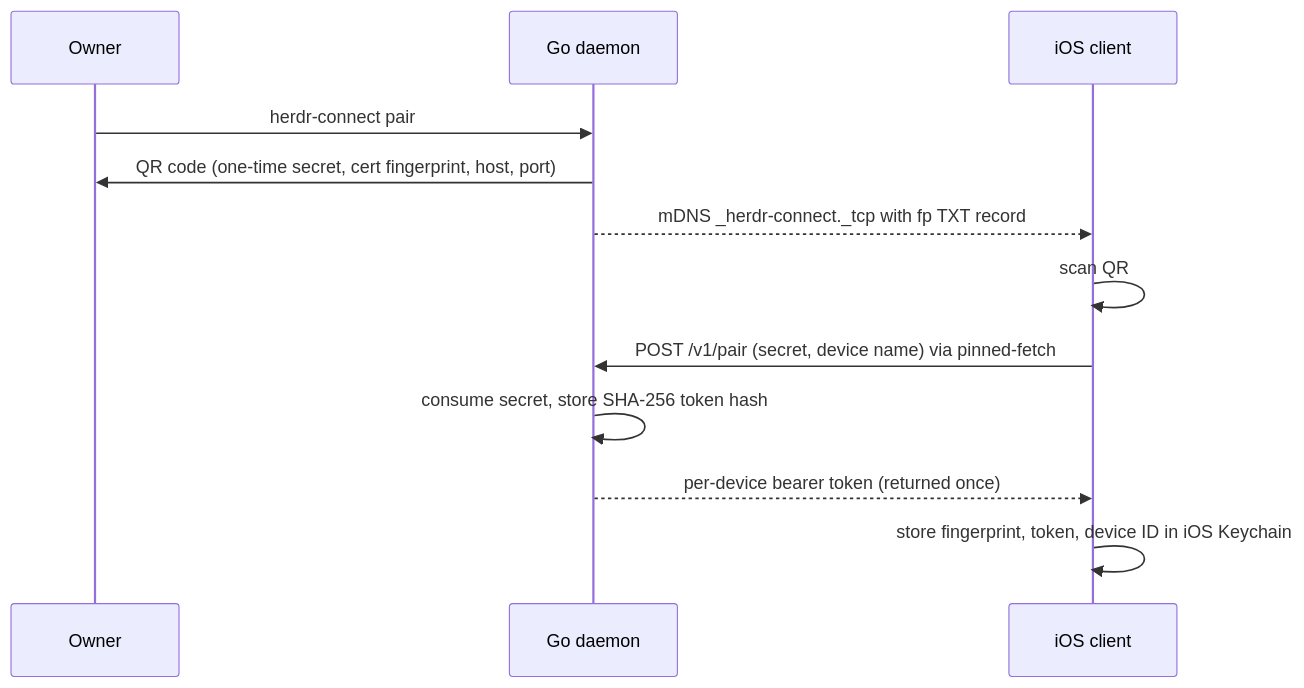
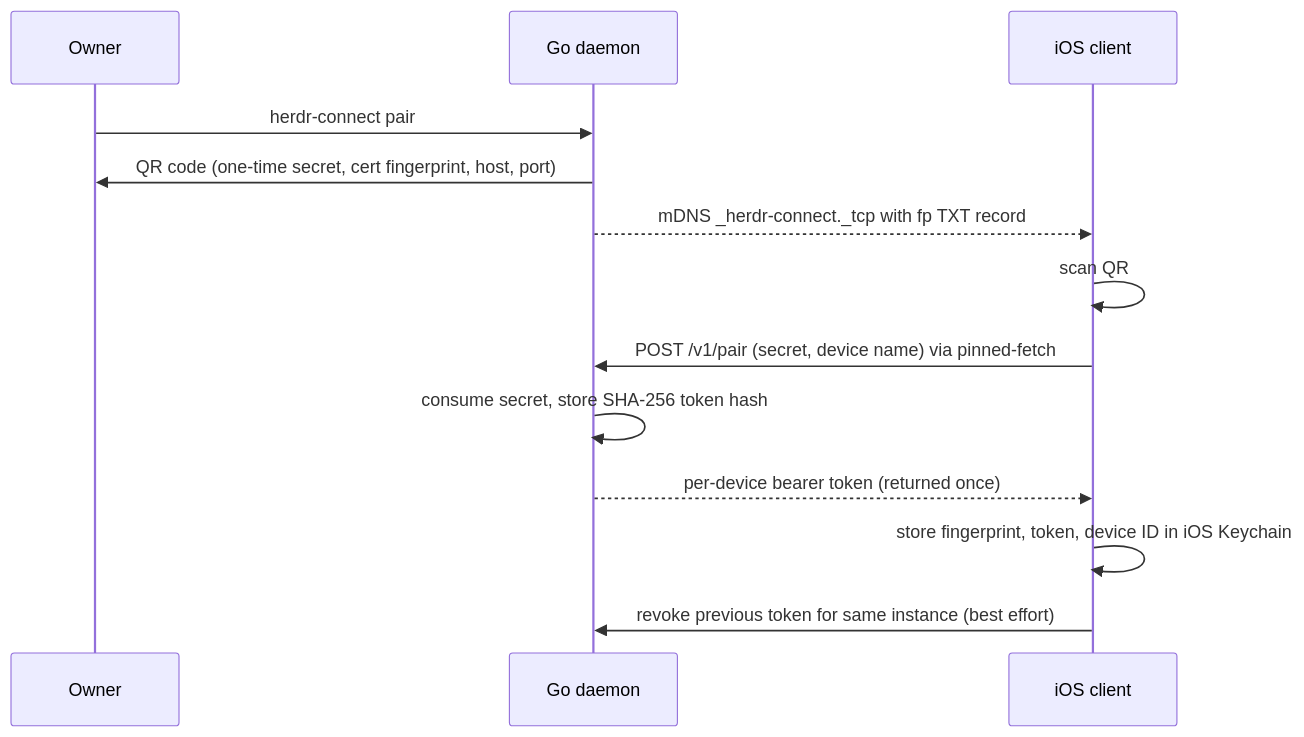
One commit to Tomyail/herdr-connect changed the second of 2 diagrams in openwiki/architecture/overview.md. Above: the diagram before and after it, drawn with Mermaid. The commit also changed other lines of this file and 13 other files, not shown here.

````diff
--- a/openwiki/architecture/overview.md
+++ b/openwiki/architecture/overview.md
@@ -143,14 +151,15 @@
 ```mermaid
 sequenceDiagram
     participant Owner
     participant Daemon as Go daemon
     participant App as iOS client
     Owner->>Daemon: herdr-connect pair
     Daemon->>Owner: QR code (one-time secret, cert fingerprint, host, port)
     Daemon-->>App: mDNS _herdr-connect._tcp with fp TXT record
     App->>App: scan QR
     App->>Daemon: POST /v1/pair (secret, device name) via pinned-fetch
     Daemon->>Daemon: consume secret, store SHA-256 token hash
     Daemon-->>App: per-device bearer token (returned once)
     App->>App: store fingerprint, token, device ID in iOS Keychain
+    App->>Daemon: revoke previous token for same instance (best effort)
 ```
````
